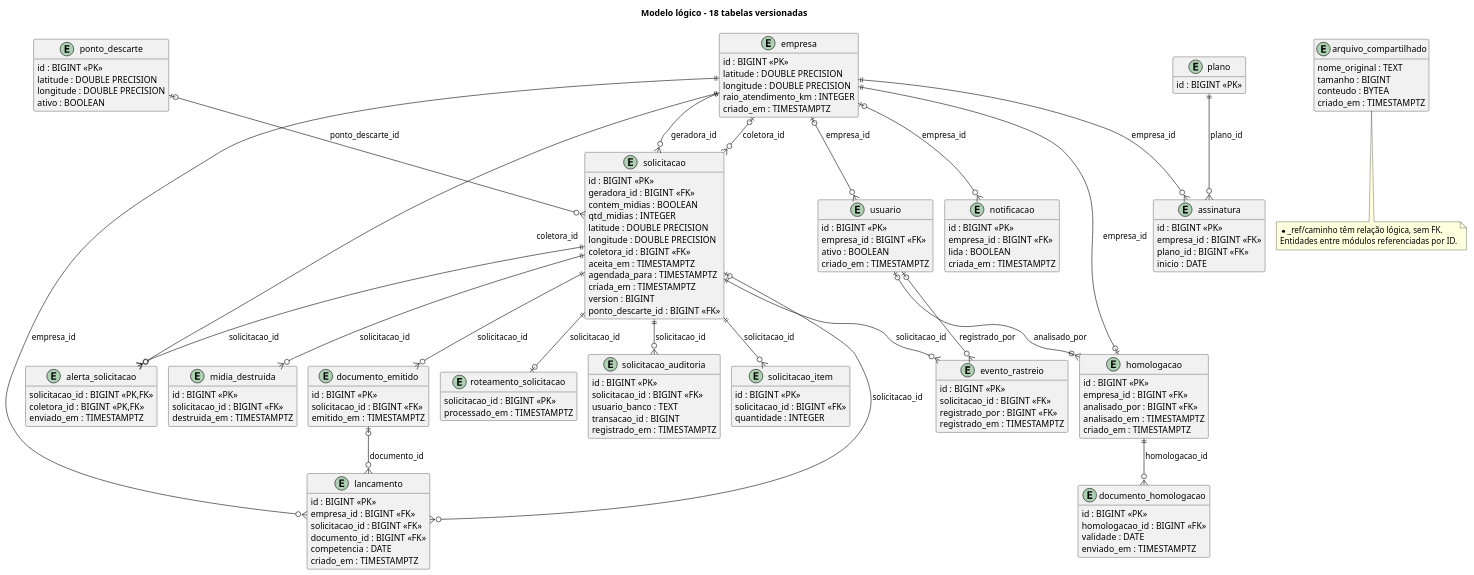
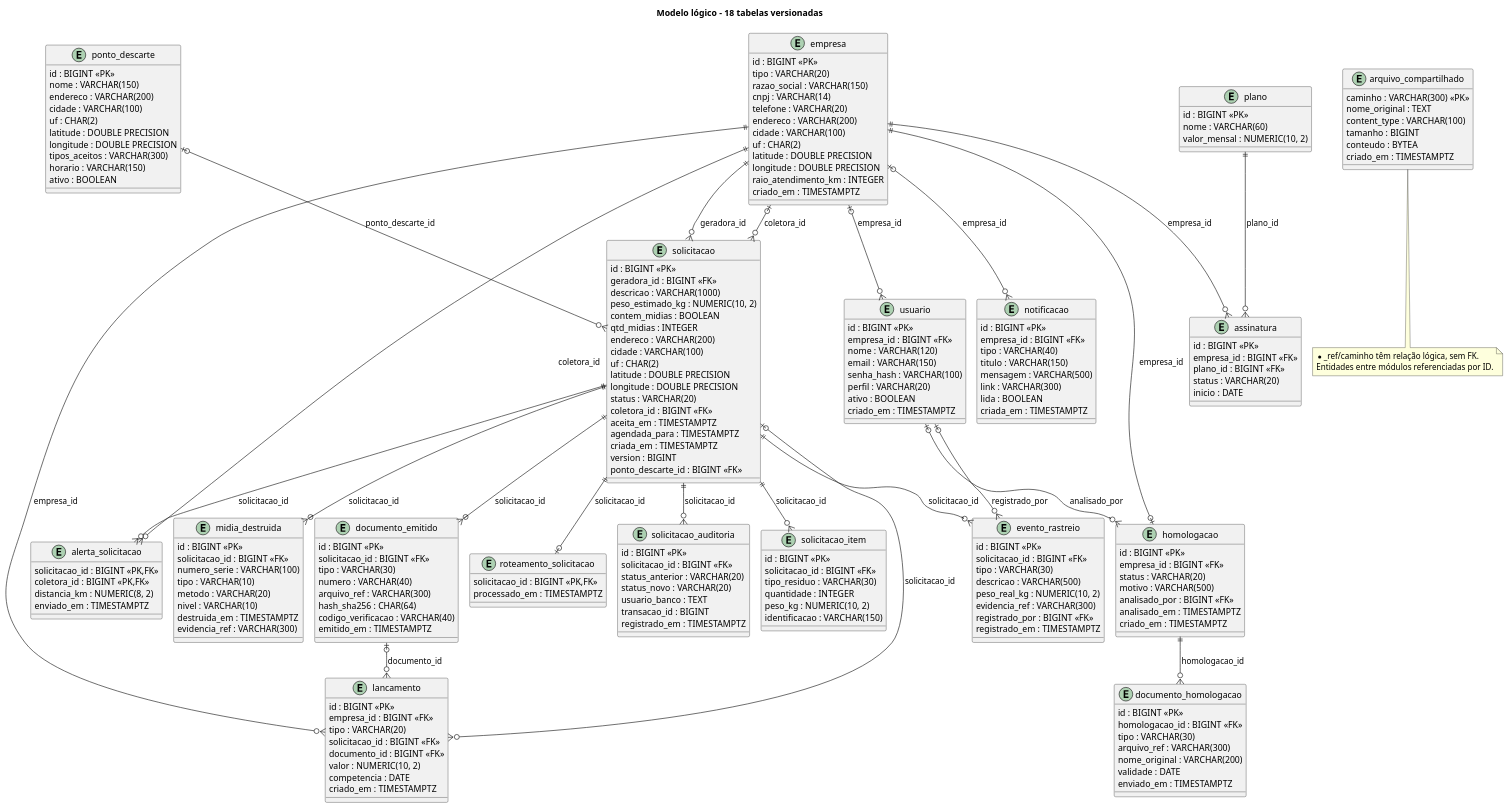
One commit to mmsxdev/plataforma-ewaste changed the diagram in docs/uml/der-logico.puml. Above: the diagram before and after it, drawn with PlantUML. The commit also changed 40 other files, not shown here.

```diff
--- a/docs/uml/der-logico.puml
+++ b/docs/uml/der-logico.puml
@@ -1,177 +1,176 @@
 @startuml
 !pragma layout smetana
 title Modelo lógico - 18 tabelas versionadas
-hide methods
 entity empresa {
-  id : BIGINT <<PK>>
-  tipo : VARCHAR(20)
-  razao_social : VARCHAR(150)
-  cnpj : VARCHAR(14)
-  telefone : VARCHAR(20)
-  endereco : VARCHAR(200)
-  cidade : VARCHAR(100)
-  uf : CHAR(2)
-  latitude : DOUBLE PRECISION
-  longitude : DOUBLE PRECISION
-  raio_atendimento_km : INTEGER
-  criado_em : TIMESTAMPTZ
+  {field} id : BIGINT <<PK>>
+  {field} tipo : VARCHAR(20)
+  {field} razao_social : VARCHAR(150)
+  {field} cnpj : VARCHAR(14)
+  {field} telefone : VARCHAR(20)
+  {field} endereco : VARCHAR(200)
+  {field} cidade : VARCHAR(100)
+  {field} uf : CHAR(2)
+  {field} latitude : DOUBLE PRECISION
+  {field} longitude : DOUBLE PRECISION
+  {field} raio_atendimento_km : INTEGER
+  {field} criado_em : TIMESTAMPTZ
 }
 entity usuario {
-  id : BIGINT <<PK>>
-  empresa_id : BIGINT <<FK>>
-  nome : VARCHAR(120)
-  email : VARCHAR(150)
-  senha_hash : VARCHAR(100)
-  perfil : VARCHAR(20)
-  ativo : BOOLEAN
-  criado_em : TIMESTAMPTZ
+  {field} id : BIGINT <<PK>>
+  {field} empresa_id : BIGINT <<FK>>
+  {field} nome : VARCHAR(120)
+  {field} email : VARCHAR(150)
+  {field} senha_hash : VARCHAR(100)
+  {field} perfil : VARCHAR(20)
+  {field} ativo : BOOLEAN
+  {field} criado_em : TIMESTAMPTZ
 }
 entity homologacao {
-  id : BIGINT <<PK>>
-  empresa_id : BIGINT <<FK>>
-  status : VARCHAR(20)
-  motivo : VARCHAR(500)
-  analisado_por : BIGINT <<FK>>
-  analisado_em : TIMESTAMPTZ
-  criado_em : TIMESTAMPTZ
+  {field} id : BIGINT <<PK>>
+  {field} empresa_id : BIGINT <<FK>>
+  {field} status : VARCHAR(20)
+  {field} motivo : VARCHAR(500)
+  {field} analisado_por : BIGINT <<FK>>
+  {field} analisado_em : TIMESTAMPTZ
+  {field} criado_em : TIMESTAMPTZ
 }
 entity documento_homologacao {
-  id : BIGINT <<PK>>
-  homologacao_id : BIGINT <<FK>>
-  tipo : VARCHAR(30)
-  arquivo_ref : VARCHAR(300)
-  nome_original : VARCHAR(200)
-  validade : DATE
-  enviado_em : TIMESTAMPTZ
+  {field} id : BIGINT <<PK>>
+  {field} homologacao_id : BIGINT <<FK>>
+  {field} tipo : VARCHAR(30)
+  {field} arquivo_ref : VARCHAR(300)
+  {field} nome_original : VARCHAR(200)
+  {field} validade : DATE
+  {field} enviado_em : TIMESTAMPTZ
 }
 entity solicitacao {
-  id : BIGINT <<PK>>
-  geradora_id : BIGINT <<FK>>
-  descricao : VARCHAR(1000)
-  peso_estimado_kg : NUMERIC(10,
-  contem_midias : BOOLEAN
-  qtd_midias : INTEGER
-  endereco : VARCHAR(200)
-  cidade : VARCHAR(100)
-  uf : CHAR(2)
-  latitude : DOUBLE PRECISION
-  longitude : DOUBLE PRECISION
-  status : VARCHAR(20)
-  coletora_id : BIGINT <<FK>>
-  aceita_em : TIMESTAMPTZ
-  agendada_para : TIMESTAMPTZ
-  criada_em : TIMESTAMPTZ
-  version : BIGINT
-  ponto_descarte_id : BIGINT <<FK>>
+  {field} id : BIGINT <<PK>>
+  {field} geradora_id : BIGINT <<FK>>
+  {field} descricao : VARCHAR(1000)
+  {field} peso_estimado_kg : NUMERIC(10, 2)
+  {field} contem_midias : BOOLEAN
+  {field} qtd_midias : INTEGER
+  {field} endereco : VARCHAR(200)
+  {field} cidade : VARCHAR(100)
+  {field} uf : CHAR(2)
+  {field} latitude : DOUBLE PRECISION
+  {field} longitude : DOUBLE PRECISION
+  {field} status : VARCHAR(20)
+  {field} coletora_id : BIGINT <<FK>>
+  {field} aceita_em : TIMESTAMPTZ
+  {field} agendada_para : TIMESTAMPTZ
+  {field} criada_em : TIMESTAMPTZ
+  {field} version : BIGINT
+  {field} ponto_descarte_id : BIGINT <<FK>>
 }
 entity solicitacao_item {
-  id : BIGINT <<PK>>
-  solicitacao_id : BIGINT <<FK>>
-  tipo_residuo : VARCHAR(30)
-  quantidade : INTEGER
-  peso_kg : NUMERIC(10,
-  identificacao : VARCHAR(150)
+  {field} id : BIGINT <<PK>>
+  {field} solicitacao_id : BIGINT <<FK>>
+  {field} tipo_residuo : VARCHAR(30)
+  {field} quantidade : INTEGER
+  {field} peso_kg : NUMERIC(10, 2)
+  {field} identificacao : VARCHAR(150)
 }
 entity alerta_solicitacao {
-  solicitacao_id : BIGINT <<PK,FK>>
-  coletora_id : BIGINT <<PK,FK>>
-  distancia_km : NUMERIC(8,
-  enviado_em : TIMESTAMPTZ
+  {field} solicitacao_id : BIGINT <<PK,FK>>
+  {field} coletora_id : BIGINT <<PK,FK>>
+  {field} distancia_km : NUMERIC(8, 2)
+  {field} enviado_em : TIMESTAMPTZ
 }
 entity evento_rastreio {
-  id : BIGINT <<PK>>
-  solicitacao_id : BIGINT <<FK>>
-  tipo : VARCHAR(30)
-  descricao : VARCHAR(500)
-  peso_real_kg : NUMERIC(10,
-  evidencia_ref : VARCHAR(300)
-  registrado_por : BIGINT <<FK>>
-  registrado_em : TIMESTAMPTZ
+  {field} id : BIGINT <<PK>>
+  {field} solicitacao_id : BIGINT <<FK>>
+  {field} tipo : VARCHAR(30)
+  {field} descricao : VARCHAR(500)
+  {field} peso_real_kg : NUMERIC(10, 2)
+  {field} evidencia_ref : VARCHAR(300)
+  {field} registrado_por : BIGINT <<FK>>
+  {field} registrado_em : TIMESTAMPTZ
 }
 entity midia_destruida {
-  id : BIGINT <<PK>>
-  solicitacao_id : BIGINT <<FK>>
-  numero_serie : VARCHAR(100)
-  tipo : VARCHAR(10)
-  metodo : VARCHAR(20)
-  nivel : VARCHAR(10)
-  destruida_em : TIMESTAMPTZ
-  evidencia_ref : VARCHAR(300)
+  {field} id : BIGINT <<PK>>
+  {field} solicitacao_id : BIGINT <<FK>>
+  {field} numero_serie : VARCHAR(100)
+  {field} tipo : VARCHAR(10)
+  {field} metodo : VARCHAR(20)
+  {field} nivel : VARCHAR(10)
+  {field} destruida_em : TIMESTAMPTZ
+  {field} evidencia_ref : VARCHAR(300)
 }
 entity documento_emitido {
-  id : BIGINT <<PK>>
-  solicitacao_id : BIGINT <<FK>>
-  tipo : VARCHAR(30)
-  numero : VARCHAR(40)
-  arquivo_ref : VARCHAR(300)
-  hash_sha256 : CHAR(64)
-  codigo_verificacao : VARCHAR(40)
-  emitido_em : TIMESTAMPTZ
+  {field} id : BIGINT <<PK>>
+  {field} solicitacao_id : BIGINT <<FK>>
+  {field} tipo : VARCHAR(30)
+  {field} numero : VARCHAR(40)
+  {field} arquivo_ref : VARCHAR(300)
+  {field} hash_sha256 : CHAR(64)
+  {field} codigo_verificacao : VARCHAR(40)
+  {field} emitido_em : TIMESTAMPTZ
 }
 entity notificacao {
-  id : BIGINT <<PK>>
-  empresa_id : BIGINT <<FK>>
-  tipo : VARCHAR(40)
-  titulo : VARCHAR(150)
-  mensagem : VARCHAR(500)
-  link : VARCHAR(300)
-  lida : BOOLEAN
-  criada_em : TIMESTAMPTZ
+  {field} id : BIGINT <<PK>>
+  {field} empresa_id : BIGINT <<FK>>
+  {field} tipo : VARCHAR(40)
+  {field} titulo : VARCHAR(150)
+  {field} mensagem : VARCHAR(500)
+  {field} link : VARCHAR(300)
+  {field} lida : BOOLEAN
+  {field} criada_em : TIMESTAMPTZ
 }
 entity ponto_descarte {
-  id : BIGINT <<PK>>
-  nome : VARCHAR(150)
-  endereco : VARCHAR(200)
-  cidade : VARCHAR(100)
-  uf : CHAR(2)
-  latitude : DOUBLE PRECISION
-  longitude : DOUBLE PRECISION
-  tipos_aceitos : VARCHAR(300)
-  horario : VARCHAR(150)
-  ativo : BOOLEAN
+  {field} id : BIGINT <<PK>>
+  {field} nome : VARCHAR(150)
+  {field} endereco : VARCHAR(200)
+  {field} cidade : VARCHAR(100)
+  {field} uf : CHAR(2)
+  {field} latitude : DOUBLE PRECISION
+  {field} longitude : DOUBLE PRECISION
+  {field} tipos_aceitos : VARCHAR(300)
+  {field} horario : VARCHAR(150)
+  {field} ativo : BOOLEAN
 }
 entity plano {
-  id : BIGINT <<PK>>
-  nome : VARCHAR(60)
-  valor_mensal : NUMERIC(10,
+  {field} id : BIGINT <<PK>>
+  {field} nome : VARCHAR(60)
+  {field} valor_mensal : NUMERIC(10, 2)
 }
 entity assinatura {
-  id : BIGINT <<PK>>
-  empresa_id : BIGINT <<FK>>
-  plano_id : BIGINT <<FK>>
-  status : VARCHAR(20)
-  inicio : DATE
+  {field} id : BIGINT <<PK>>
+  {field} empresa_id : BIGINT <<FK>>
+  {field} plano_id : BIGINT <<FK>>
+  {field} status : VARCHAR(20)
+  {field} inicio : DATE
 }
 entity lancamento {
-  id : BIGINT <<PK>>
-  empresa_id : BIGINT <<FK>>
-  tipo : VARCHAR(20)
-  solicitacao_id : BIGINT <<FK>>
-  documento_id : BIGINT <<FK>>
-  valor : NUMERIC(10,
-  competencia : DATE
-  criado_em : TIMESTAMPTZ
+  {field} id : BIGINT <<PK>>
+  {field} empresa_id : BIGINT <<FK>>
+  {field} tipo : VARCHAR(20)
+  {field} solicitacao_id : BIGINT <<FK>>
+  {field} documento_id : BIGINT <<FK>>
+  {field} valor : NUMERIC(10, 2)
+  {field} competencia : DATE
+  {field} criado_em : TIMESTAMPTZ
 }
 entity arquivo_compartilhado {
-  caminho : VARCHAR(300) <<PK>>
-  nome_original : TEXT
-  content_type : VARCHAR(100)
-  tamanho : BIGINT
-  conteudo : BYTEA
-  criado_em : TIMESTAMPTZ
+  {field} caminho : VARCHAR(300) <<PK>>
+  {field} nome_original : TEXT
+  {field} content_type : VARCHAR(100)
+  {field} tamanho : BIGINT
+  {field} conteudo : BYTEA
+  {field} criado_em : TIMESTAMPTZ
 }
 entity roteamento_solicitacao {
-  solicitacao_id : BIGINT <<PK>>
-  processado_em : TIMESTAMPTZ
+  {field} solicitacao_id : BIGINT <<PK,FK>>
+  {field} processado_em : TIMESTAMPTZ
 }
 entity solicitacao_auditoria {
-  id : BIGINT <<PK>>
-  solicitacao_id : BIGINT <<FK>>
-  status_anterior : VARCHAR(20)
-  status_novo : VARCHAR(20)
-  usuario_banco : TEXT
-  transacao_id : BIGINT
-  registrado_em : TIMESTAMPTZ
+  {field} id : BIGINT <<PK>>
+  {field} solicitacao_id : BIGINT <<FK>>
+  {field} status_anterior : VARCHAR(20)
+  {field} status_novo : VARCHAR(20)
+  {field} usuario_banco : TEXT
+  {field} transacao_id : BIGINT
+  {field} registrado_em : TIMESTAMPTZ
 }
 empresa |o--o{ usuario : empresa_id
 empresa ||--o| homologacao : empresa_id
```
